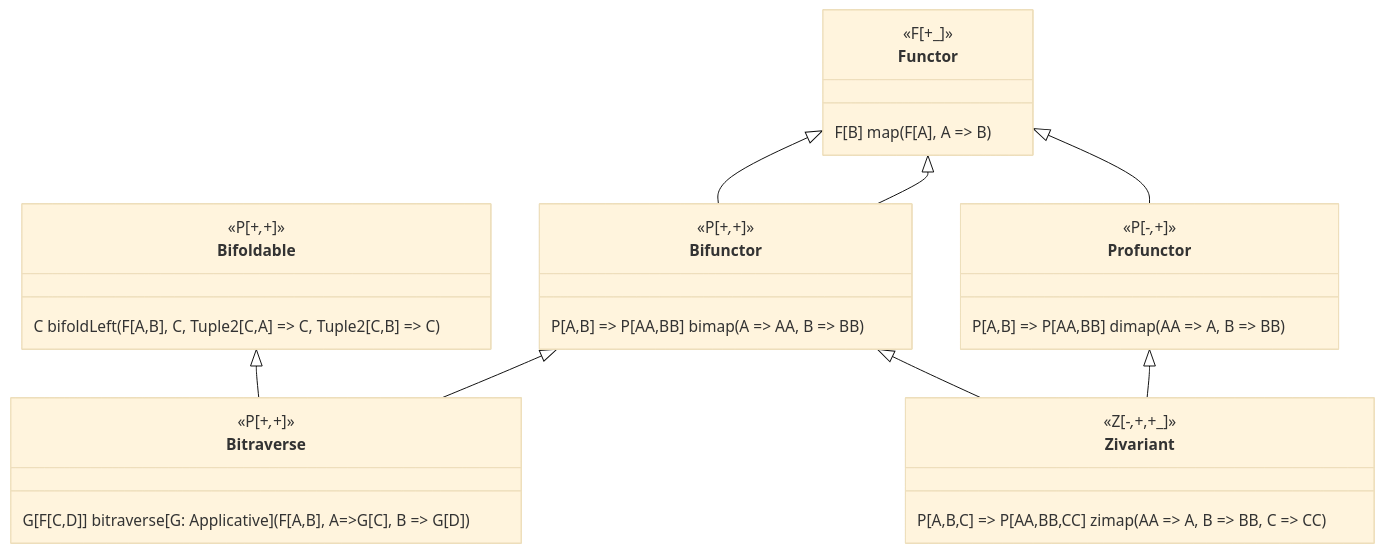
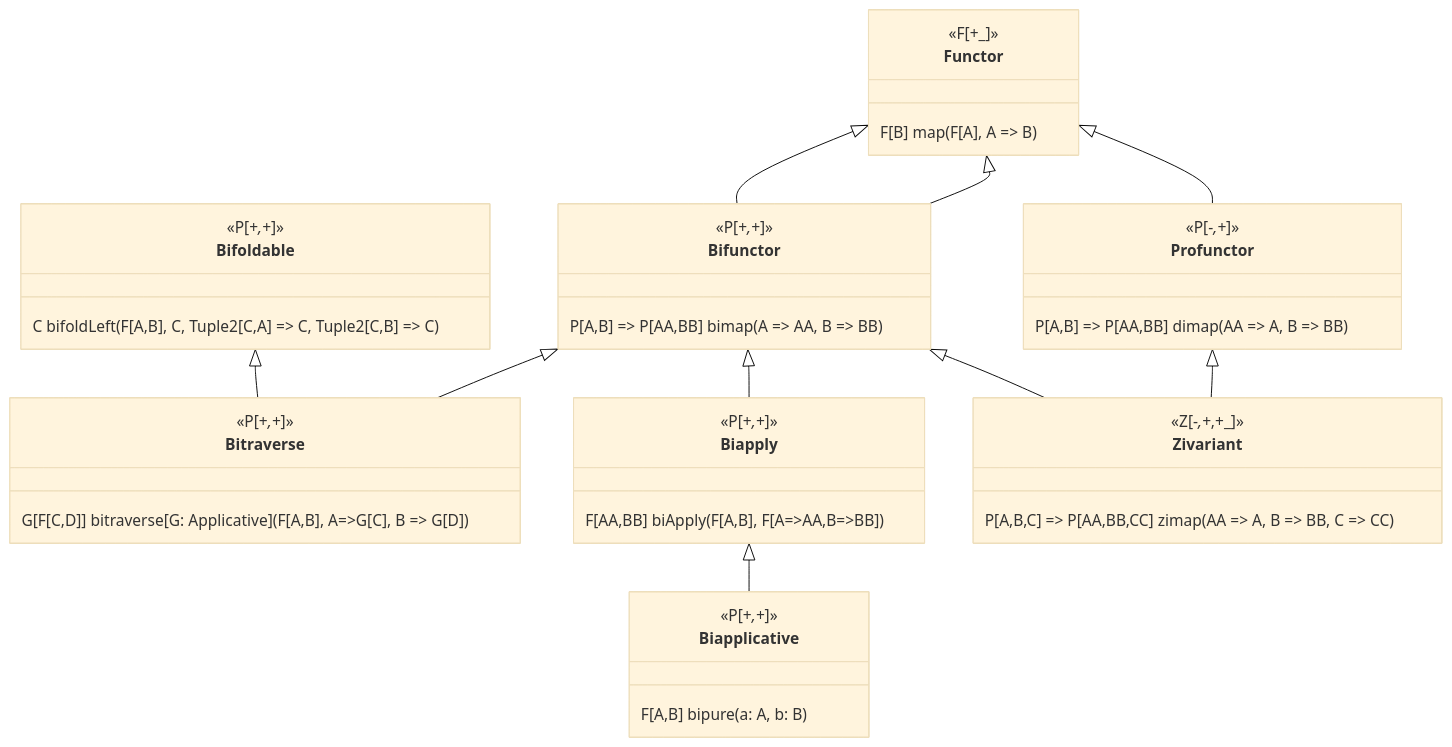
Before and after one commit to lemastero/scala_typeclassopedia: the diagram in Bifunctors.MD, drawn with Mermaid (base theme). The commit also changed other lines of this file and 1 other file, not shown here.

Commit message:
add Biapplicative

````diff
--- a/Bifunctors.MD
+++ b/Bifunctors.MD
@@ -1,35 +1,45 @@
 ```mermaid
 classDiagram
    Bifoldable <|-- Bitraverse
    Bifunctor <|-- Bitraverse
+   Bifunctor <|-- Biapply
+   Biapply <|-- Biapplicative
    Functor <|-- Bifunctor
    Functor <|-- Bifunctor
    Functor <|-- Profunctor
    Bifunctor <|-- Zivariant
    Profunctor <|-- Zivariant
 
    class Functor {
      <<F[+_]>>
      F[B] map(F[A], A => B)
    }
   class Profunctor {
     <<P[-_,+_]>>
     P[A,B] => P[AA,BB] dimap(AA => A, B => BB)
   }
   class Bifunctor {
     <<P[+_,+_]>>
     P[A,B] => P[AA,BB] bimap(A => AA, B => BB)
   }
   class Bifoldable {
     <<P[+_,+_]>>
     C bifoldLeft(F[A,B], C, Tuple2[C,A] => C, Tuple2[C,B] => C)
   }
   class Bitraverse {
     <<P[+_,+_]>>
     G[F[C,D]] bitraverse[G: Applicative](F[A,B], A=>G[C], B => G[D])
   }
+  class Biapply {
+    <<P[+_,+_]>>
+    F[AA,BB] biApply(F[A,B], F[A=>AA,B=>BB])
+  }
+  class Biapplicative {
+    <<P[+_,+_]>>
+    F[A,B] bipure(a: A, b: B)
+  }
   class Zivariant {
     <<Z[-_,+_,+_]>>
     P[A,B,C] => P[AA,BB,CC] zimap(AA => A, B => BB, C => CC)
   }
 ```
````
